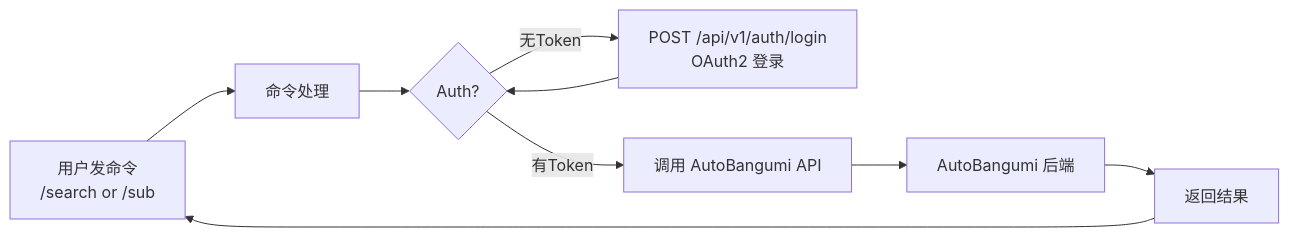
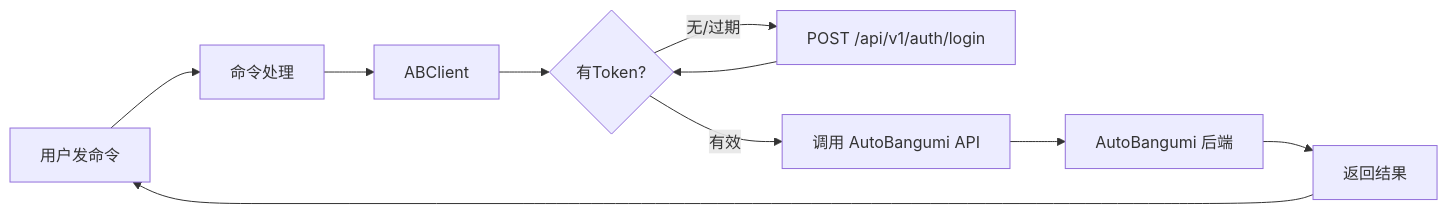
One commit to Yometenma/astrbot_plugin_autobangumi_command changed the first of 2 diagrams in README.md. Above: the diagram before and after it, drawn with Mermaid. The commit also changed other lines of this file, not shown here.

Commit message:
docs: 完善 README（功能表、测试方法、双 mermaid 图、AutoBangumi 侧配置说明）

````diff
--- a/README.md
+++ b/README.md
@@ -82,11 +94,12 @@
 ```mermaid
 flowchart LR
-    User[用户发命令<br/>/search or /sub] --> Cmd[命令处理]
-    Cmd --> Auth{Auth?}
-    Auth -->|无Token| Login[POST /api/v1/auth/login<br/>OAuth2 登录]
+    User[用户发命令] --> Cmd[命令处理]
+    Cmd --> Client[ABClient]
+    Client --> Auth{有Token?}
+    Auth -->|无/过期| Login[POST /api/v1/auth/login]
     Login --> Auth
-    Auth -->|有Token| API[调用 AutoBangumi API]
+    Auth -->|有效| API[调用 AutoBangumi API]
     API --> AB[AutoBangumi 后端]
     AB --> Reply[返回结果]
     Reply --> User
 ```
````
